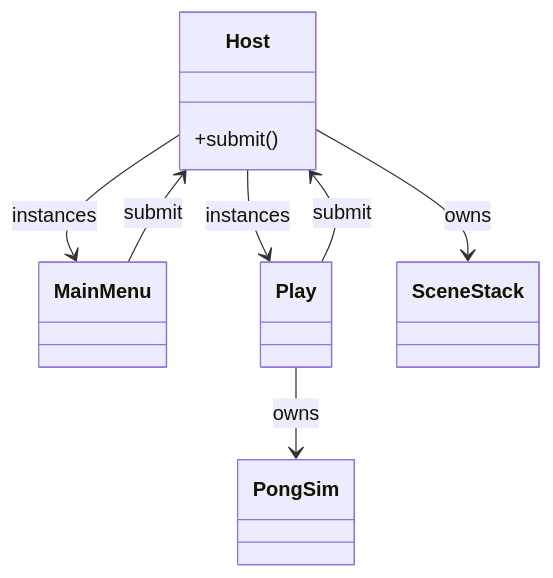
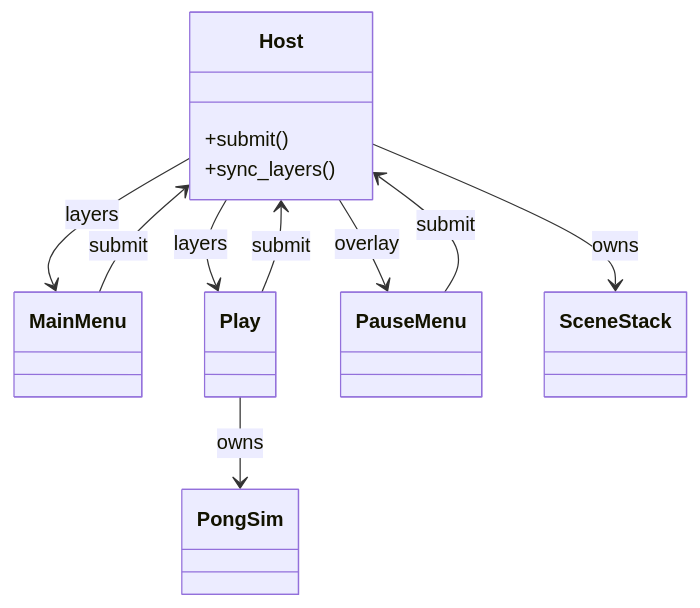
One commit to kblaszki/godot-game changed the diagram in games/pong/docs/reference/app.md. Above: the diagram before and after it, drawn with Mermaid. The commit also changed other lines of this file and 11 other files, not shown here.

First line of the commit message:
Add layered pause overlay and pong InputMap.

````diff
--- a/games/pong/docs/reference/app.md
+++ b/games/pong/docs/reference/app.md
@@ -33,16 +36,20 @@
 ```mermaid
 classDiagram
   class Host {
     +submit()
+    +sync_layers()
   }
   class MainMenu
   class Play
+  class PauseMenu
   class SceneStack
   class PongSim
   Host --> SceneStack : owns
-  Host --> MainMenu : instances
-  Host --> Play : instances
+  Host --> MainMenu : layers
+  Host --> Play : layers
+  Host --> PauseMenu : overlay
   Play --> PongSim : owns
   MainMenu --> Host : submit
   Play --> Host : submit
+  PauseMenu --> Host : submit
 ```
````
